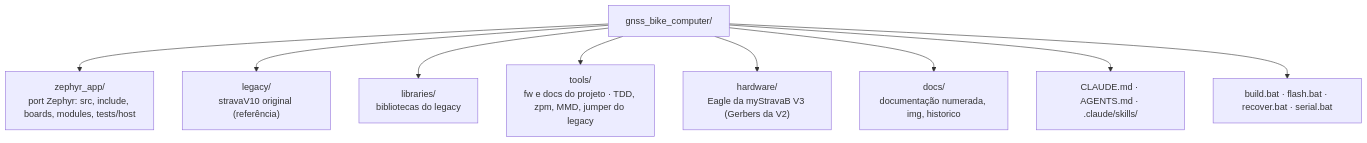
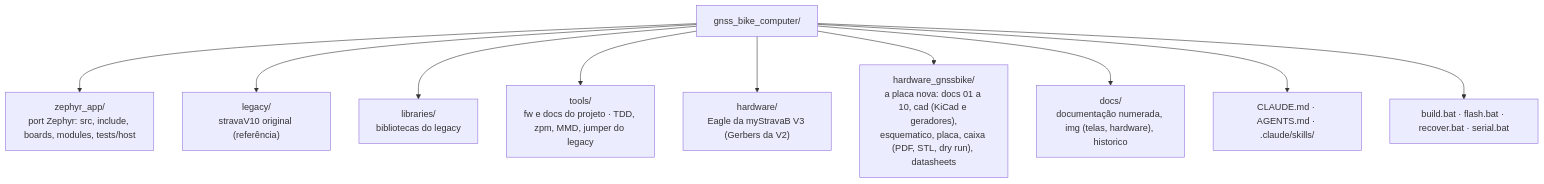
Before and after one commit to Guiimartinho/gnss-bike-computer: the third of 3 diagrams in README.md, drawn with Mermaid. The commit also changed other lines of this file and 66 other files, not shown here.

````diff
--- a/README.md
+++ b/README.md
@@ -127,12 +138,13 @@
 ```mermaid
 flowchart TB
     ROOT["gnss_bike_computer/"]
     ROOT --> ZA["zephyr_app/<br/>port Zephyr: src, include, boards, modules, tests/host"]
     ROOT --> LEG["legacy/<br/>stravaV10 original (referência)"]
     ROOT --> LIB["libraries/<br/>bibliotecas do legacy"]
     ROOT --> TOOLS["tools/<br/>fw e docs do projeto · TDD, zpm, MMD, jumper do legacy"]
     ROOT --> HW["hardware/<br/>Eagle da myStravaB V3 (Gerbers da V2)"]
-    ROOT --> DOCS["docs/<br/>documentação numerada, img, historico"]
+    ROOT --> HWN["hardware_gnssbike/<br/>a placa nova: docs 01 a 10, cad (KiCad e geradores),<br/>esquematico, placa, caixa (PDF, STL, dry run), datasheets"]
+    ROOT --> DOCS["docs/<br/>documentação numerada, img (telas, hardware), historico"]
     ROOT --> AI["CLAUDE.md · AGENTS.md · .claude/skills/"]
     ROOT --> BAT["build.bat · flash.bat · recover.bat · serial.bat"]
 ```
````
